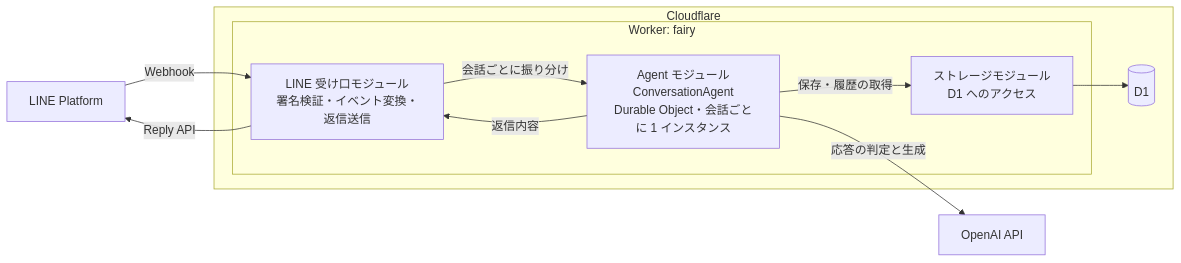
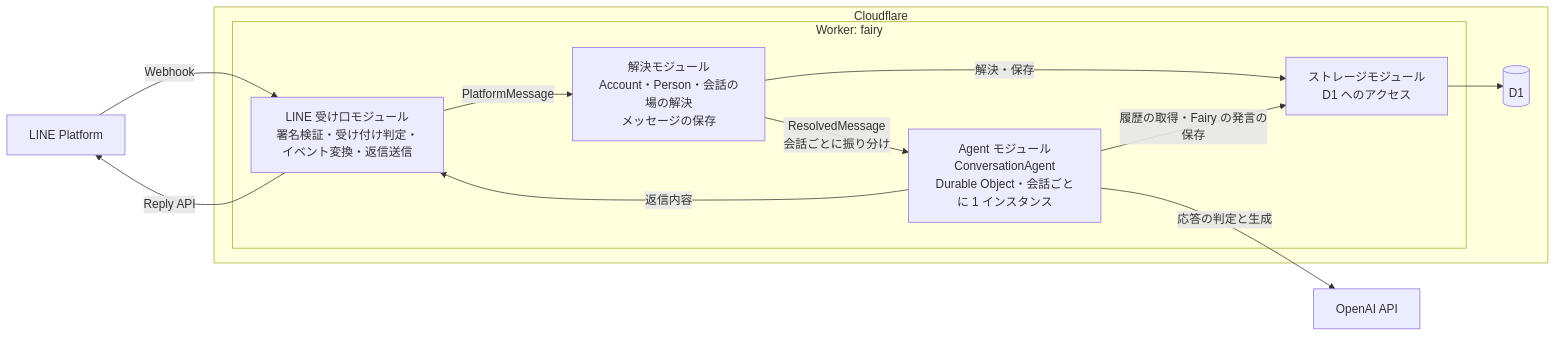
One commit to TatsuyaYamamoto/sicaco-quarter-third-street changed the first of 2 diagrams in docs/phases/phase-1.md. Above: the diagram before and after it, drawn with Mermaid. The commit also changed other lines of this file and 3 other files, not shown here.

First line of the commit message:
Redesign message flow into three layers and keep roles on persons

````diff
--- a/docs/phases/phase-1.md
+++ b/docs/phases/phase-1.md
@@ -43,21 +43,24 @@
 ```mermaid
 flowchart LR
     LINE[LINE Platform]
     subgraph CF[Cloudflare]
         subgraph W[Worker: fairy]
-            LM[LINE 受け口モジュール<br/>署名検証・イベント変換・返信送信]
+            LM[LINE 受け口モジュール<br/>署名検証・受け付け判定・イベント変換・返信送信]
+            RS[解決モジュール<br/>Account・Person・会話の場の解決<br/>メッセージの保存]
             AG[Agent モジュール<br/>ConversationAgent<br/>Durable Object・会話ごとに 1 インスタンス]
             ST[ストレージモジュール<br/>D1 へのアクセス]
         end
         D1[(D1)]
     end
     OAI[OpenAI API]
 
     LINE -- Webhook --> LM
-    LM -- 会話ごとに振り分け --> AG
-    AG -- 保存・履歴の取得 --> ST
+    LM -- PlatformMessage --> RS
+    RS -- 解決・保存 --> ST
+    RS -- ResolvedMessage<br/>会話ごとに振り分け --> AG
+    AG -- 履歴の取得・Fairy の発言の保存 --> ST
     ST --> D1
     AG -- 応答の判定と生成 --> OAI
     AG -- 返信内容 --> LM
     LM -- Reply API --> LINE
 ```
````
